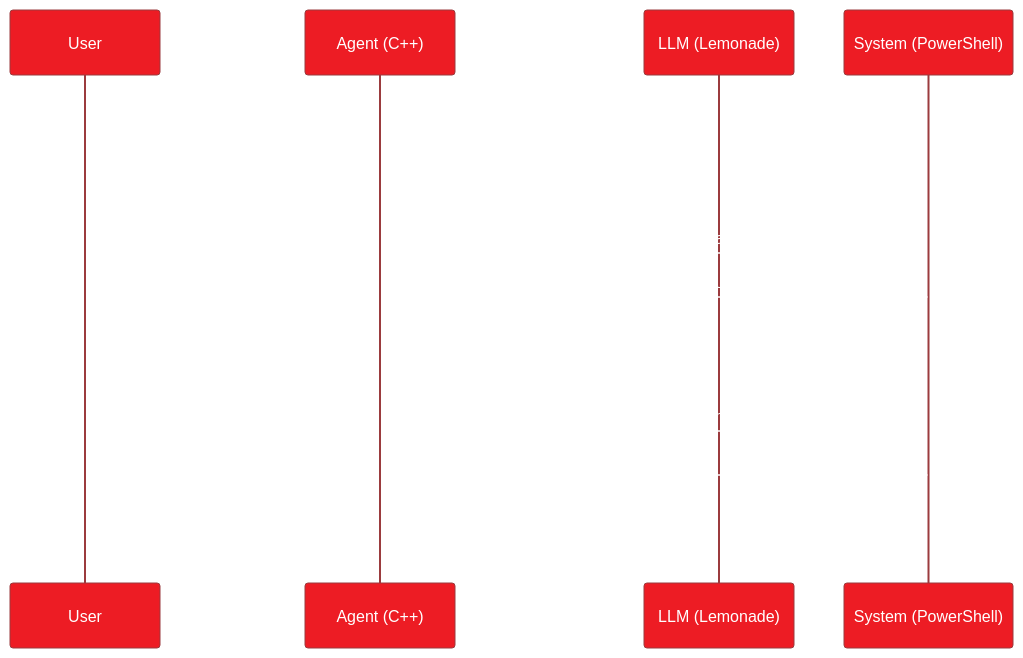
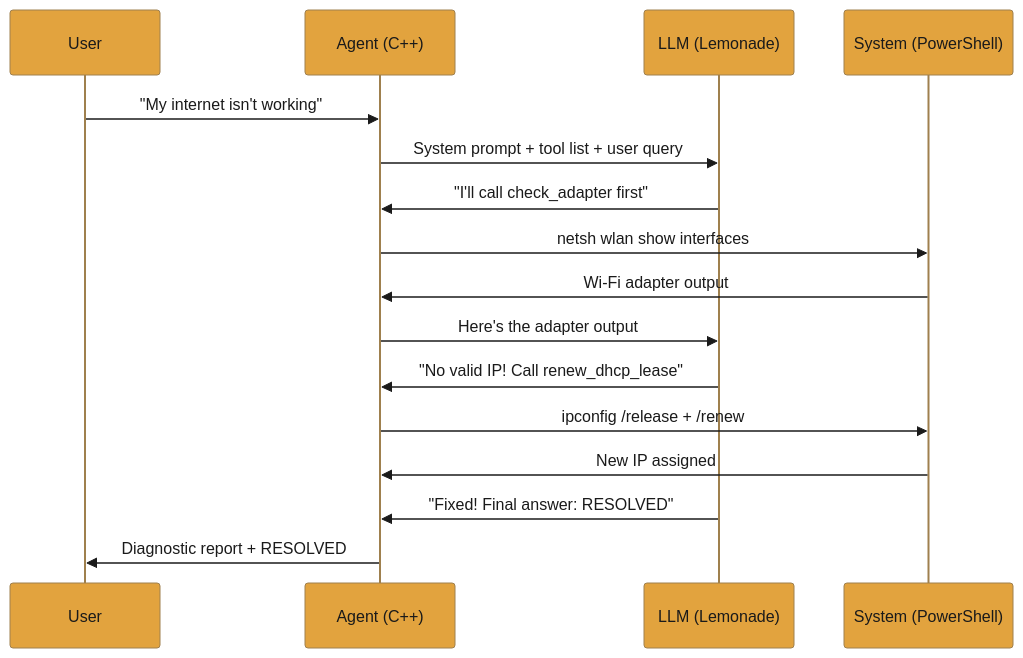
Before and after one commit to amd/gaia: the first of 2 diagrams in docs/cpp/wifi-agent.mdx, drawn with Mermaid. The commit also changed other lines of this file and 37 other files, not shown here.

````diff
--- a/docs/cpp/wifi-agent.mdx
+++ b/docs/cpp/wifi-agent.mdx
@@ -117,20 +117,20 @@
 ```mermaid
-%%{init: {'theme':'base', 'themeVariables': { 'primaryColor':'#ED1C24', 'fontSize':'14px', 'lineColor':'#ED1C24', 'primaryTextColor':'#fff', 'edgeLabelBackground':'#1a1a1a'}, 'flowchart': {'curve': 'basis'}}}%%
+%%{init: {'theme':'base', 'themeVariables': { 'primaryColor':'#E2A33E', 'fontSize':'14px', 'lineColor':'#E2A33E', 'primaryTextColor':'#1a1a1a', 'edgeLabelBackground':'#1a1a1a'}, 'flowchart': {'curve': 'basis'}}}%%
 sequenceDiagram
     participant U as User
     participant A as Agent (C++)
     participant L as LLM (Lemonade)
     participant S as System (PowerShell)
 
     U->>A: "My internet isn't working"
     A->>L: System prompt + tool list + user query
     L->>A: "I'll call check_adapter first"
     A->>S: netsh wlan show interfaces
     S->>A: Wi-Fi adapter output
     A->>L: Here's the adapter output
     L->>A: "No valid IP! Call renew_dhcp_lease"
     A->>S: ipconfig /release + /renew
     S->>A: New IP assigned
     L->>A: "Fixed! Final answer: RESOLVED"
     A->>U: Diagnostic report + RESOLVED
 ```
````
